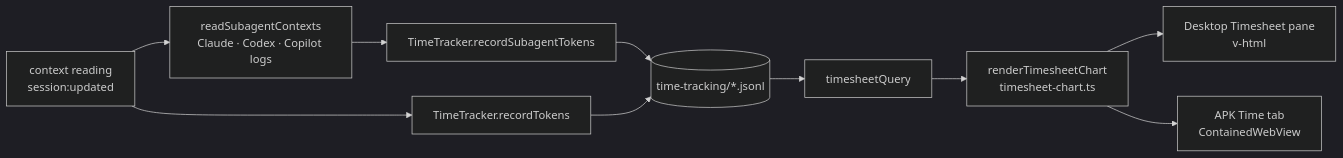
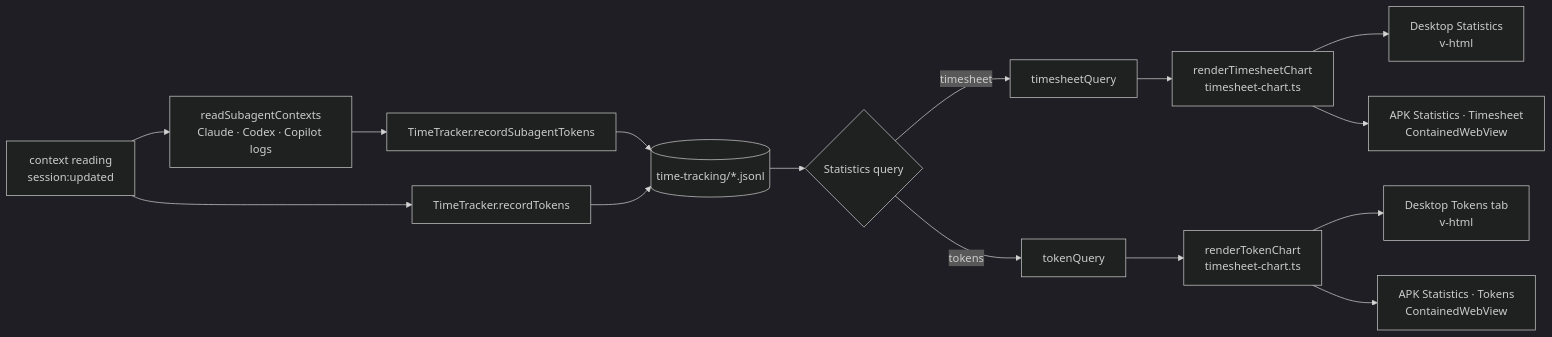
The second of 3 diagrams in docs/time-tracking.md (PetePeter/helm), drawn with Mermaid (dark theme) before and after one commit. The commit also changed other lines of this file and 13 other files, not shown here.

First line of the commit message:
feat(mobile): Statistics screen with Timesheet and Tokens views

````diff
--- a/docs/time-tracking.md
+++ b/docs/time-tracking.md
@@ -53,11 +53,16 @@
 ```mermaid
 graph LR
   CU[context reading<br/>session:updated] --> TT[TimeTracker.recordTokens]
   CU --> SA[readSubagentContexts<br/>Claude · Codex · Copilot logs] --> TS[TimeTracker.recordSubagentTokens]
   TS --> J
   TT --> J[(time-tracking/*.jsonl)]
-  J --> Q[timesheetQuery]
-  Q --> C[renderTimesheetChart<br/>timesheet-chart.ts]
-  C --> D[Desktop Timesheet pane<br/>v-html]
-  C --> A[APK Time tab<br/>ContainedWebView]
+  J --> Q{Statistics query}
+  Q -->|timesheet| T[timesheetQuery]
+  Q -->|tokens| K[tokenQuery]
+  T --> C[renderTimesheetChart<br/>timesheet-chart.ts]
+  K --> TC[renderTokenChart<br/>timesheet-chart.ts]
+  C --> D[Desktop Statistics<br/>v-html]
+  C --> A[APK Statistics · Timesheet<br/>ContainedWebView]
+  TC --> TD[Desktop Tokens tab<br/>v-html]
+  TC --> AT[APK Statistics · Tokens<br/>ContainedWebView]
 ```
````
